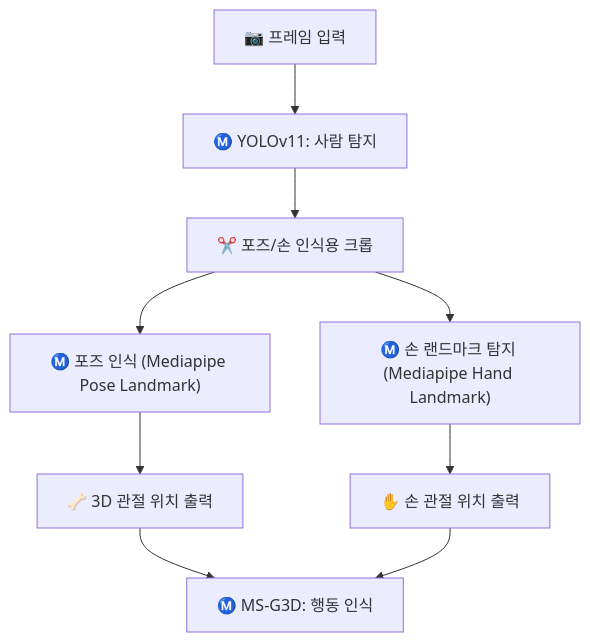
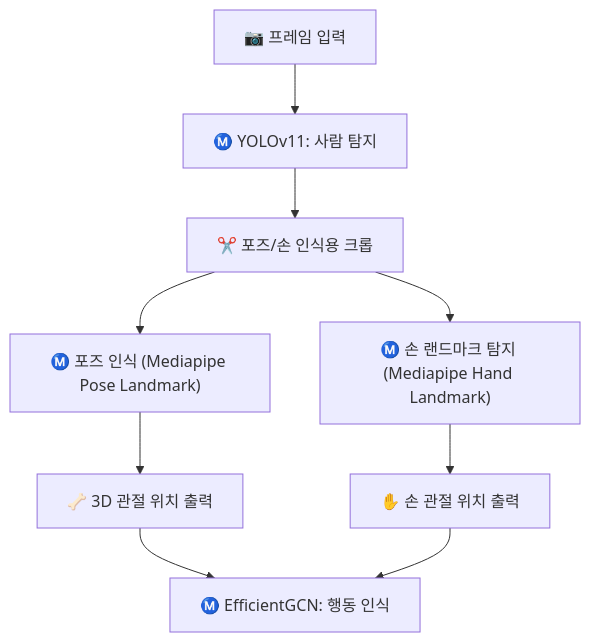
One commit to opmaksim/Project_SignalMaster changed the diagram in doc/research/traffic_hand_signal_recognition_pipeline.md. Above: the diagram before and after it, drawn with Mermaid. The commit also changed other lines of this file, not shown here.

````diff
--- a/doc/research/traffic_hand_signal_recognition_pipeline.md
+++ b/doc/research/traffic_hand_signal_recognition_pipeline.md
@@ -6,20 +6,20 @@
 ```mermaid
 graph TD
     FrameInput["📷 프레임 입력"]
     PersonDetection["Ⓜ️ YOLOv11: 사람 탐지"]
     CropForPose["✂️ 포즈/손 인식용 크롭"]
     PoseEstimation["Ⓜ️ 포즈 인식 (Mediapipe Pose Landmark)"]
     HandLandmark["Ⓜ️ 손 랜드마크 탐지 (Mediapipe Hand Landmark)"]
     PoseKeypoints["🦴 3D 관절 위치 출력"]
     HandKeypoints["✋ 손 관절 위치 출력"]
-    ActionRecognition["Ⓜ️ MS-G3D: 행동 인식"]
+    ActionRecognition["Ⓜ️ EfficientGCN: 행동 인식"]
 
     FrameInput --> PersonDetection
     PersonDetection --> CropForPose
     CropForPose --> PoseEstimation
     CropForPose --> HandLandmark
     PoseEstimation --> PoseKeypoints
     HandLandmark --> HandKeypoints
     PoseKeypoints --> ActionRecognition
     HandKeypoints --> ActionRecognition
 ```
````
